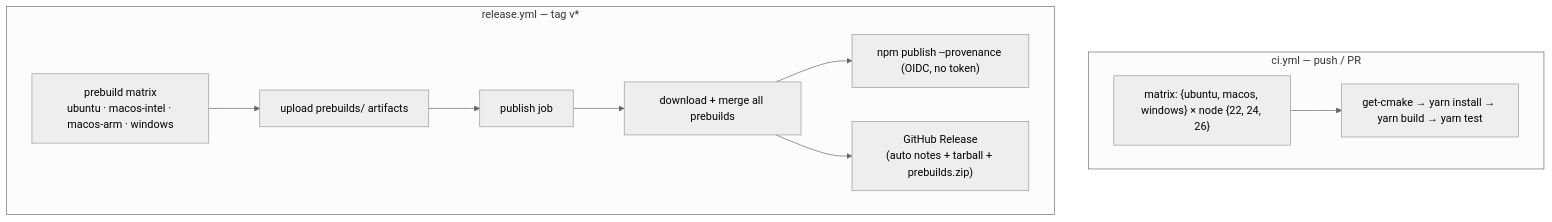
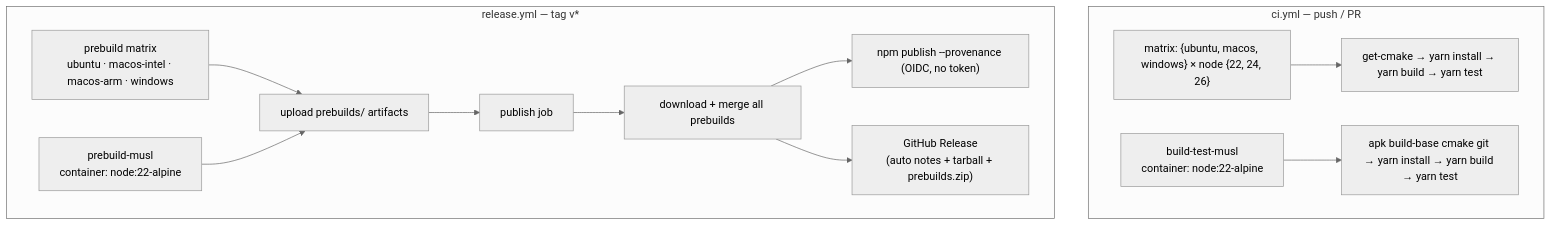
The seventh of 7 diagrams in ARCHITECTURE.md (homaiohq/napi-quickfix), drawn with Mermaid (neutral theme) before and after one commit. The commit also changed other lines of this file and 7 other files, not shown here.

First line of the commit message:
feat: add musl (Alpine) prebuild support

````diff
--- a/ARCHITECTURE.md
+++ b/ARCHITECTURE.md
@@ -197,15 +197,19 @@
 ```mermaid
 flowchart TD
   subgraph CI["ci.yml — push / PR"]
     M["matrix: {ubuntu, macos, windows} × node {22, 24, 26}"]
     M --> S1["get-cmake → yarn install → yarn build → yarn test"]
+    MU["build-test-musl<br/>container: node:22-alpine"]
+    MU --> S2["apk build-base cmake git → yarn install → yarn build → yarn test"]
   end
   subgraph REL["release.yml — tag v*"]
     P["prebuild matrix<br/>ubuntu · macos-intel · macos-arm · windows"]
+    PM["prebuild-musl<br/>container: node:22-alpine"]
     P --> UP["upload prebuilds/ artifacts"]
+    PM --> UP
     UP --> PUB["publish job"]
     PUB --> DL["download + merge all prebuilds"]
     DL --> NPM["npm publish --provenance (OIDC, no token)"]
     DL --> GH["GitHub Release<br/>(auto notes + tarball + prebuilds.zip)"]
   end
 ```
````
